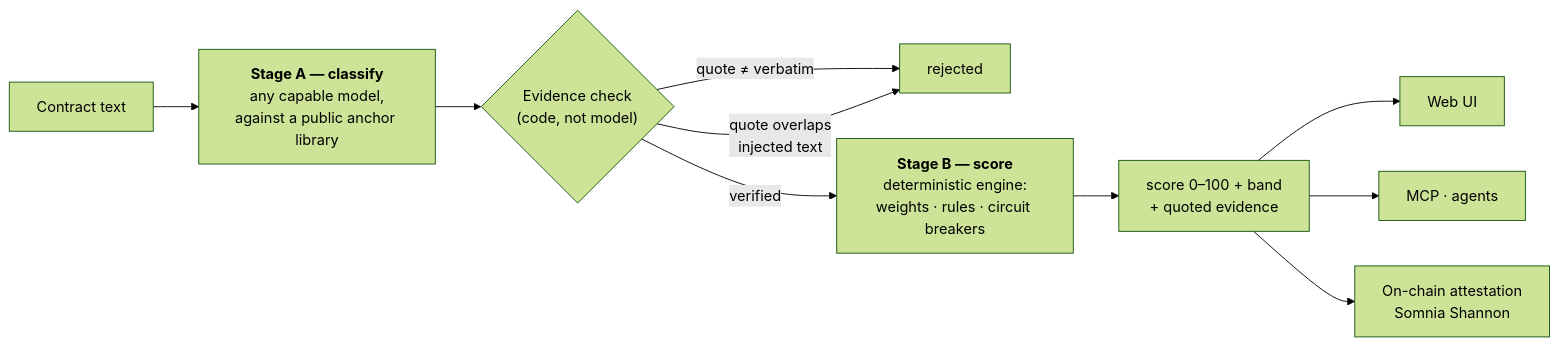
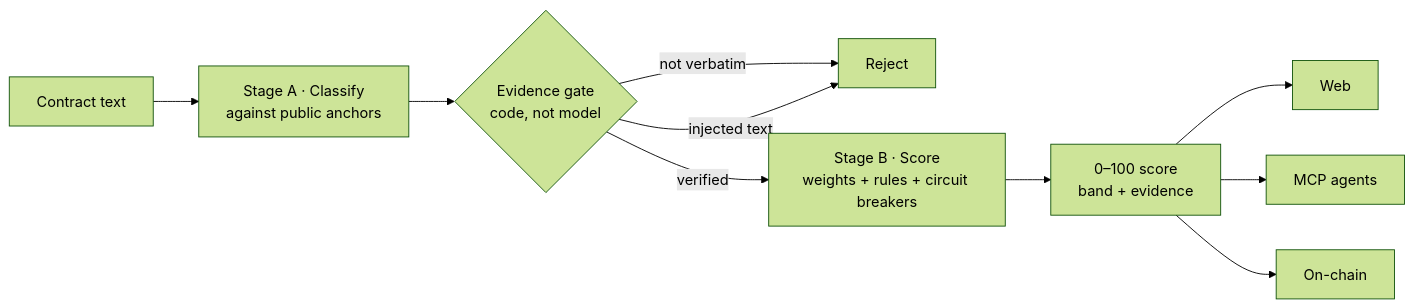
One commit to Aji-Q/levelfield changed the diagram in README.md. Above: the diagram before and after it, drawn with Mermaid (forest theme). The commit also changed other lines of this file and 1 other file, not shown here.

````diff
--- a/README.md
+++ b/README.md
@@ -52,12 +113,12 @@
 ```mermaid
 flowchart LR
-    A["Contract text"] --> B["<b>Stage A — classify</b><br/>any capable model,<br/>against a public anchor library"]
-    B --> C{"Evidence check<br/>(code, not model)"}
-    C -->|"quote ≠ verbatim"| X["rejected"]
-    C -->|"quote overlaps<br/>injected text"| X
-    C -->|verified| D["<b>Stage B — score</b><br/>deterministic engine:<br/>weights · rules · circuit breakers"]
-    D --> E["score 0–100 + band<br/>+ quoted evidence"]
-    E --> F["Web UI"]
-    E --> G["MCP · agents"]
-    E --> H["On-chain attestation<br/>Somnia Shannon"]
+    A["Contract text"] --> B["Stage A · Classify<br/>against public anchors"]
+    B --> C{"Evidence gate<br/>code, not model"}
+    C -->|not verbatim| X["Reject"]
+    C -->|injected text| X
+    C -->|verified| D["Stage B · Score<br/>weights + rules + circuit breakers"]
+    D --> E["0–100 score<br/>band + evidence"]
+    E --> F["Web"]
+    E --> G["MCP agents"]
+    E --> H["On-chain"]
 ```
````
